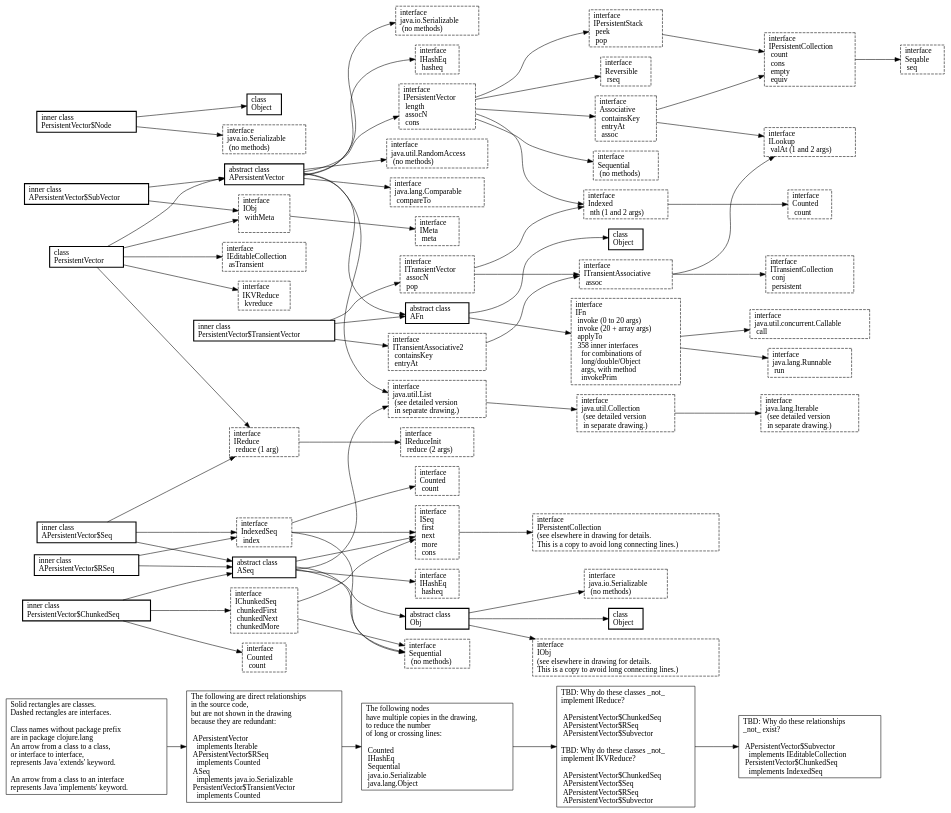
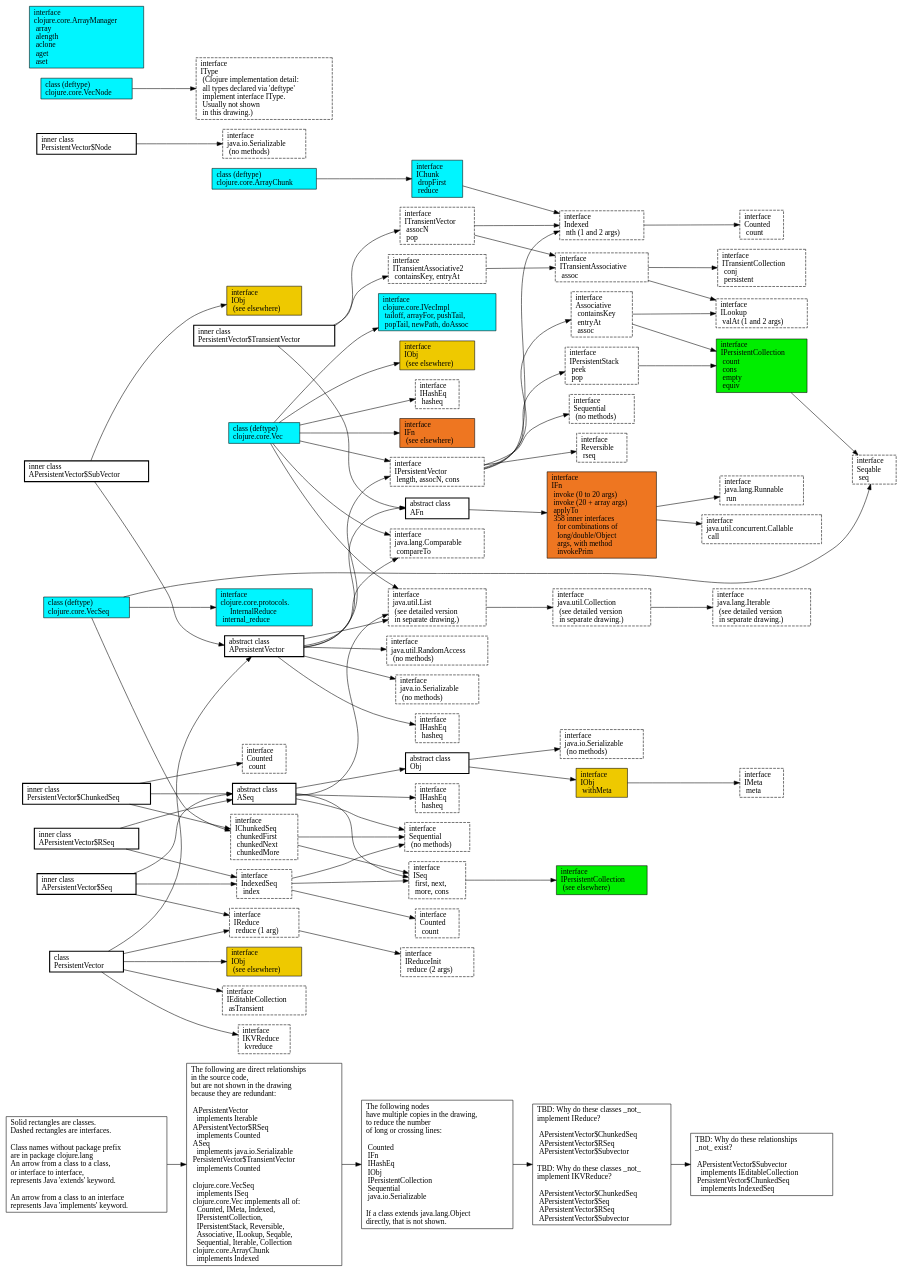
Before and after one commit to jafingerhut/core.btree-vector: the diagram in doc/images/persistentvector-classes-interfaces.dot, drawn with Graphviz. The commit also changed 4 other files, not shown here.

Commit message:
Add class and interface details to figure about clojure.core.{Vec,VecSeq}

```diff
--- a/doc/images/persistentvector-classes-interfaces.dot
+++ b/doc/images/persistentvector-classes-interfaces.dot
@@ -6,10 +6,11 @@
 Legend [label="Solid rectangles are classes.\lDashed rectangles are interfaces.\l\lClass names without package prefix\lare in package clojure.lang\lAn arrow from a class to a class,\lor interface to interface,\lrepresents Java 'extends' keyword.\l\lAn arrow from a class to an interface\lrepresents Java 'implements' keyword.\l"];
 Legend -> Legend2;
 
-Legend2 [label="The following are direct relationships\lin the source code,\lbut are not shown in the drawing\lbecause they are redundant:\l\l  APersistentVector\l    implements Iterable\l  APersistentVector$RSeq\l    implements Counted\l  ASeq\l    implements java.io.Serializable\l  PersistentVector$TransientVector\l    implements Counted\l"];
+Legend2 [label="The following are direct relationships\lin the source code,\lbut are not shown in the drawing\lbecause they are redundant:\l\l  APersistentVector\l    implements Iterable\l  APersistentVector$RSeq\l    implements Counted\l  ASeq\l    implements java.io.Serializable\l  PersistentVector$TransientVector\l    implements Counted\l\l  clojure.core.VecSeq\l    implements ISeq\l  clojure.core.Vec implements all of:\l    Counted, IMeta, Indexed,\l    IPersistentCollection,\l    IPersistentStack, Reversible,\l    Associative, ILookup, Seqable,\l    Sequential, Iterable, Collection\l  clojure.core.ArrayChunk\l    implements Indexed\l"];
+
 Legend2 -> Legend3;
 
-Legend3 [label="The following nodes\lhave multiple copies in the drawing,\lto reduce the number\lof long or crossing lines:\l\l  Counted\l  IHashEq\l  Sequential\l  java.io.Serializable\l  java.lang.Object\l"];
+Legend3 [label="The following nodes\lhave multiple copies in the drawing,\lto reduce the number\lof long or crossing lines:\l\l  Counted\l  IFn\l  IHashEq\l  IObj\l  IPersistentCollection\l  Sequential\l  java.io.Serializable\l\lIf a class extends java.lang.Object\ldirectly, that is not shown.\l"];
 Legend3 -> Legend4;
 
 Legend4 [label="TBD: Why do these classes _not_\limplement IReduce?\l\l  APersistentVector$ChunkedSeq\l  APersistentVector$RSeq\l  APersistentVector$Subvector\l\lTBD: Why do these classes _not_\limplement IKVReduce?\l\l  APersistentVector$ChunkedSeq\l  APersistentVector$Seq\l  APersistentVector$RSeq\l  APersistentVector$Subvector\l"];
@@ -42,13 +43,13 @@
 
 PersistentVector [label="class\lPersistentVector\l" style=bold];  // done
 PersistentVector -> APersistentVector; // class extends class (explicit)
-PersistentVector -> IObj;
+PersistentVector -> IObj_copy2;
 PersistentVector -> IEditableCollection;
 PersistentVector -> IReduce;
 PersistentVector -> IKVReduce;
 
 PersistentVector__Node [label="inner class\lPersistentVector$Node\l" style=bold]; // Done
-PersistentVector__Node -> Object_copy1; // class extends class (implicit)
+//PersistentVector__Node -> Object_copy1; // class extends class (implicit)
 PersistentVector__Node -> Serializable_copy1;
 
 PersistentVector__ChunkedSeq [label="inner class\lPersistentVector$ChunkedSeq\l" style=bold]; // done
@@ -84,7 +85,7 @@
 
 APersistentVector__SubVector [label="inner class\lAPersistentVector$SubVector\l" style=bold]; // done
 APersistentVector__SubVector -> APersistentVector; // class extends class (explicit)
-APersistentVector__SubVector -> IObj;
+APersistentVector__SubVector -> IObj_copy3;
 
 ASeq [label="abstract class\lASeq\l" style=bold]; // done
 ASeq -> Obj; // class extends class (explicit)
@@ -95,18 +96,20 @@
 ASeq -> IHashEq_copy2;
 
 AFn [label="abstract class\lAFn\l" style=bold]; // done
-AFn -> Object_copy2; // class extends class (implicit)
+//AFn -> Object_copy2; // class extends class (implicit)
 AFn -> IFn;
 
 Obj [label="abstract class\lObj\l" style=bold]; // done
-Obj -> Object_copy3; // class extends class (implicit)
-Obj -> IObj_copy1;
+//Obj -> Object_copy3; // class extends class (implicit)
+Obj -> IObj;
 Obj -> Serializable_copy4;
 
-IObj_copy1 [label="interface\lIObj\l(see elsewhere in drawing for details.\lThis is a copy to avoid long connecting lines.)\l" style=dashed];
+IObj [label="interface\lIObj\l  withMeta\l" style=filled fillcolor=gold2]; // done
+IObj -> IMeta;
 
-IObj [label="interface\lIObj\l  withMeta\l\l" style=dashed]; // done
-IObj -> IMeta;
+IObj_copy2 [label="interface\lIObj\l  (see elsewhere)\l" style=filled fillcolor=gold2];
+IObj_copy3 [label="interface\lIObj\l  (see elsewhere)\l" style=filled fillcolor=gold2];
+IObj_copy4 [label="interface\lIObj\l  (see elsewhere)\l" style=filled fillcolor=gold2];
 
 IMeta [label="interface\lIMeta\l  meta\l" style=dashed]; // done
 
@@ -149,10 +152,10 @@
 
 ILookup [label="interface\lILookup\l  valAt (1 and 2 args)\l" style=dashed]; // done
 
-ITransientAssociative2 [label="interface\lITransientAssociative2\l  containsKey\l  entryAt\l" style=dashed]; // done
+ITransientAssociative2 [label="interface\lITransientAssociative2\l  containsKey, entryAt\l" style=dashed]; // done
 ITransientAssociative2 -> ITransientAssociative;
 
-IPersistentVector [label="interface\lIPersistentVector\l  length\l  assocN\l  cons\l" style=dashed]; // done
+IPersistentVector [label="interface\lIPersistentVector\l  length, assocN, cons\l" style=dashed]; // done
 IPersistentVector -> Associative;
 IPersistentVector -> Sequential_copy2;
 IPersistentVector -> IPersistentStack;
@@ -163,13 +166,14 @@
 Associative -> IPersistentCollection;
 Associative -> ILookup;
 
-IPersistentCollection [label="interface\lIPersistentCollection\l  count\l  cons\l  empty\l  equiv\l" style=dashed]; // done
+IPersistentCollection [label="interface\lIPersistentCollection\l  count\l  cons\l  empty\l  equiv\l" style=filled fillcolor=green2]; // done
 IPersistentCollection -> Seqable;
 
 Seqable [label="interface\lSeqable\l  seq\l" style=dashed]; // done
 
-Sequential_copy1 [label="interface\lSequential\l  (no methods)\l" style=dashed]; // done
-Sequential_copy2 [label="interface\lSequential\l  (no methods)\l" style=dashed]; // done
+Sequential_copy1 [label="interface\lSequential\l  (no methods)\l" style=dashed];
+Sequential_copy2 [label="interface\lSequential\l  (no methods)\l" style=dashed];
+//Sequential_copy3 [label="interface\lSequential\l  (no methods)\l" style=dashed];
 
 IPersistentStack [label="interface\lIPersistentStack\l  peek\l  pop\l" style=dashed]; // done
 IPersistentStack -> IPersistentCollection;
@@ -190,28 +194,131 @@
 
 IHashEq_copy1 [label="interface\lIHashEq\l  hasheq\l" style=dashed]; // done
 IHashEq_copy2 [label="interface\lIHashEq\l  hasheq\l" style=dashed]; // done
+IHashEq_copy3 [label="interface\lIHashEq\l  hasheq\l" style=dashed]; // done
 
 IndexedSeq [label="interface\lIndexedSeq\l  index\l" style=dashed]; // done
 IndexedSeq -> ISeq;
 IndexedSeq -> Sequential_copy1;
 IndexedSeq -> Counted_copy2;
 
-ISeq [label="interface\lISeq\l  first\l  next\l  more\l  cons\l" style=dashed]; // done
+ISeq [label="interface\lISeq\l  first, next,\l  more, cons\l" style=dashed]; // done
 ISeq -> IPersistentCollection_copy1;
 
-IPersistentCollection_copy1 [label="interface\lIPersistentCollection\l(see elsewhere in drawing for details.\lThis is a copy to avoid long connecting lines.)\l" style=dashed];
+IPersistentCollection_copy1 [label="interface\lIPersistentCollection\l  (see elsewhere)\l" style=filled fillcolor=green2];
 
 
-IFn [label="interface\lIFn\l  invoke (0 to 20 args)\l  invoke (20 + array args)\l  applyTo\l  358 inner interfaces\l    for combinations of\l    long/double/Object\l    args, with method\l    invokePrim\l" style=dashed]; // done
+IFn [label="interface\lIFn\l  invoke (0 to 20 args)\l  invoke (20 + array args)\l  applyTo\l  358 inner interfaces\l    for combinations of\l    long/double/Object\l    args, with method\l    invokePrim\l" style=filled fillcolor=chocolate2]; // done
 IFn -> Callable;
 IFn -> Runnable;
+
+IFn_copy2 [label="interface\lIFn\l  (see elsewhere)\l" style=filled fillcolor=chocolate2];
 
 Callable [label="interface\ljava.util.concurrent.Callable\l  call\l" style=dashed]; // done
 
 Runnable [label="interface\ljava.lang.Runnable\l  run\l" style=dashed]; // done
 
-Object_copy1 [label="class\lObject\l" style=bold];
-Object_copy2 [label="class\lObject\l" style=bold];
-Object_copy3 [label="class\lObject\l" style=bold];
+//Object_copy1 [label="class\lObject\l" style=bold];
+//Object_copy2 [label="class\lObject\l" style=bold];
+//Object_copy3 [label="class\lObject\l" style=bold];
+//Object_copy4 [label="class\lObject\l" style=bold];
+//Object_copy5 [label="class\lObject\l" style=bold];
+//Object_copy6 [label="class\lObject\l" style=bold];
+//Object_copy7 [label="class\lObject\l" style=bold];
+
+VecNode [label="class (deftype)\lclojure.core.VecNode\l" style=filled fillcolor=turquoise1];
+//VecNode -> Object_copy4; // implicit
+VecNode -> IType;
+
+IType [label="interface\lIType\l  (Clojure implementation detail:\l  all types declared via 'deftype'\l  implement interface IType.\l  Usually not shown\l  in this drawing.)\l" style=dashed];
+//IType_copy2 [label="interface\lIType\l" style=dashed];
+//IType_copy3 [label="interface\lIType\l" style=dashed];
+//IType_copy4 [label="interface\lIType\l" style=dashed];
+
+IVecImpl [label="interface\lclojure.core.IVecImpl\l  tailoff, arrayFor, pushTail,\l  popTail, newPath, doAssoc\l" style=filled fillcolor=turquoise1];
+
+ArrayManager [label="interface\lclojure.core.ArrayManager\l  array\l  alength\l  aclone\l  aget\l  aset\l" style=filled fillcolor=turquoise1];
+
+ArrayChunk [label="class (deftype)\lclojure.core.ArrayChunk\l" style=filled fillcolor=turquoise1];
+//ArrayChunk -> Object_copy5; // implicit
+//ArrayChunk -> IType_copy2;
+//ArrayChunk -> Indexed;  // this implements relationship is redundant, since ArrayChunk implements Indexed indirectly through IChunk
+ArrayChunk -> IChunk;
+
+IChunk [label="interface\lIChunk\l  dropFirst\l  reduce\l" style=filled fillcolor=turquoise1];
+IChunk -> Indexed;
+
+VecSeq [label="class (deftype)\lclojure.core.VecSeq\l" style=filled fillcolor=turquoise1];
+//VecSeq -> Object_copy6; // implicit
+//VecSeq -> IType_copy3;
+VecSeq -> InternalReduce;
+//VecSeq -> ISeq;  // redundant through IChunkedSeq
+VecSeq -> Seqable;
+VecSeq -> IChunkedSeq;
+
+Vec [label="class (deftype)\lclojure.core.Vec\l" style=filled fillcolor=turquoise1];
+//Vec -> Object_copy7; // implicit
+//Vec -> IType_copy4;
+Vec -> IHashEq_copy3;
+//Vec -> Counted;  // redundant through IPersistentVector
+//Vec -> IMeta;  // redundant through IObj
+Vec -> IObj_copy4;
+//Vec -> Indexed;  // redundant through IPersistentVector
+//Vec -> IPersistentCollection;  // redundant through IPersistentVector
+//Vec -> IPersistentStack;  // redundant through IPersistentVector
+Vec -> IPersistentVector;
+//Vec -> Reversible;  // redundant through IPersistentVector
+//Vec -> Associative;  // redundant through IPersistentVector
+//Vec -> ILookup;  // redundant through IPersistentVector
+Vec -> IFn_copy2;
+//Vec -> Seqable;  // redundant through IPersistentVector
+//Vec -> Sequential_copy3;  // redundant through IPersistentVector
+Vec -> IVecImpl;
+Vec -> Comparable;
+//Vec -> Iterable;  // redundant through java.util.List
+//Vec -> Collection;  // redundant through java.util.List
+Vec -> List;
+
+InternalReduce [label="interface\lclojure.core.protocols.\l      InternalReduce\l  internal_reduce\l" style=filled fillcolor=turquoise1];
+
+// TBD: Do the *Seq classes Comparable, perhaps indirectly?  If not,
+// shouldn't they?
+
+// TBD: Why doesn't clojure.core.Vec implement IReduce or IKVReduce?  Is 
+
+// TBD: Does clojure.core.VecSeq implement IHashEq?  IObj?  If not,
+// should it?  Ticket CLJ-1364 has a proposed patch clj-1364.patch
+// written by Alex Miller that 2015-Oct-05 that adds implementations
+// of these methods for class clojure.core.VecSeq:
+
+// hashCode
+// equals
+// hasheq
+// iterator (in interface Iterable)
+
+// TBD: There is at least one case in methods
+// APersistentVector.doEquals() and APersistentVector.doEquiv() that
+// uses iterators to traverse the elements while comparing the vector
+// to the other collection, but some cases use Clojure's seq
+// abstraction, or nth() calls, instead, which seems to me likely to
+// allocate more memory and usually be less efficient.  Consider doing
+// experiments to see whether there is a noticeable performance
+// improvement by using iterators instead.
+
+// TBD: Similarly implementation of hasheq and hashCode go through
+// elements using nth() calls for each element.  Consider comparing
+// against an implementation that uses mutable iterator to traverse
+// the collection elements instead.
+
+// TBD: Similarly implementation of indexOf() and lastIndexOf() use
+// nth() instead of mutable iterator.  Is it possible/reasonable to
+// create a mutable iterator that goes through elements in reverse
+// order?  Does one already exist?
+
+// TBD: listIterator() implementation also uses nth().  Think if there
+// is a more efficient implementation that avoids using nth() except
+// when done with one array node.
+
+// TBD: iterator() uses nth(), and even has a comment "todo -
+// something more efficient".
 
 }
```
